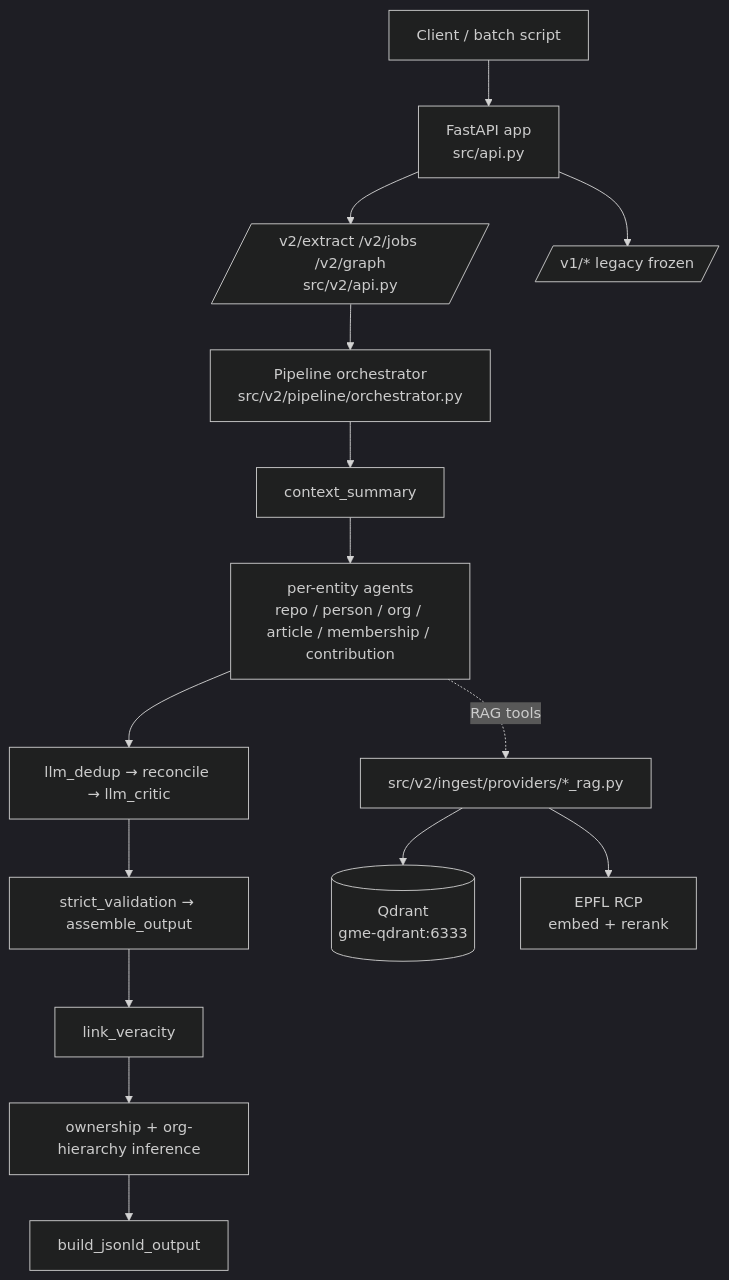
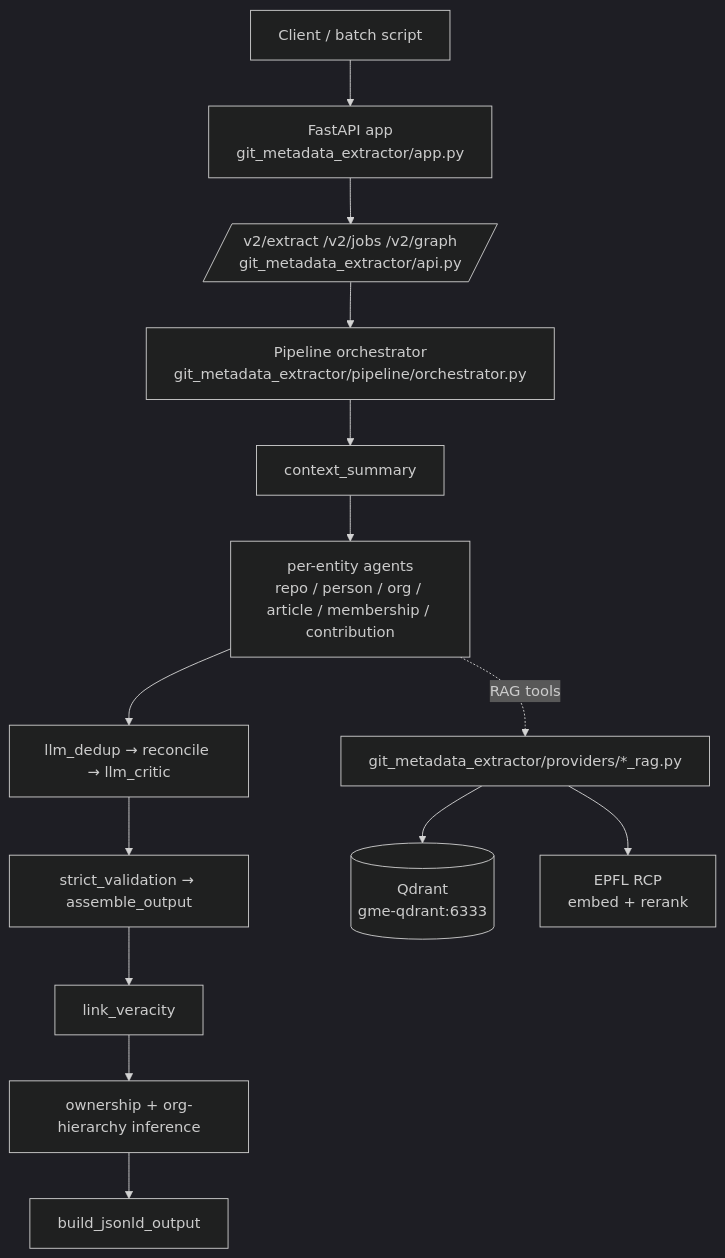
The first of 2 diagrams in docs/index.md (Imaging-Plaza/git-metadata-extractor), drawn with Mermaid (dark theme) before and after one commit. The commit also changed other lines of this file and 661 other files, not shown here.

First line of the commit message:
refactor!: rename src/v2 -> git_metadata_extractor, ingest -> providers

````diff
--- a/docs/index.md
+++ b/docs/index.md
@@ -40,19 +40,18 @@
 ```mermaid
 flowchart TB
-    A[Client / batch script] --> B[FastAPI app<br/>src/api.py]
-    B --> V2[/v2/extract /v2/jobs /v2/graph<br/>src/v2/api.py/]
-    B --> V1[/v1/* legacy frozen/]
+    A[Client / batch script] --> B[FastAPI app<br/>git_metadata_extractor/app.py]
+    B --> V2[/v2/extract /v2/jobs /v2/graph<br/>git_metadata_extractor/api.py/]
 
-    V2 --> P[Pipeline orchestrator<br/>src/v2/pipeline/orchestrator.py]
+    V2 --> P[Pipeline orchestrator<br/>git_metadata_extractor/pipeline/orchestrator.py]
     P --> CTX[context_summary]
     CTX --> AG[per-entity agents<br/>repo / person / org / article / membership / contribution]
     AG --> DEDUP[llm_dedup → reconcile → llm_critic]
     DEDUP --> VAL[strict_validation → assemble_output]
     VAL --> LV[link_veracity]
     LV --> OWN[ownership + org-hierarchy inference]
     OWN --> OUT[build_jsonld_output]
 
-    AG -. RAG tools .-> RAG[src/v2/ingest/providers/*_rag.py]
+    AG -. RAG tools .-> RAG[git_metadata_extractor/providers/*_rag.py]
     RAG --> Q[(Qdrant<br/>gme-qdrant:6333)]
     RAG --> RCP[EPFL RCP<br/>embed + rerank]
 ```
````
